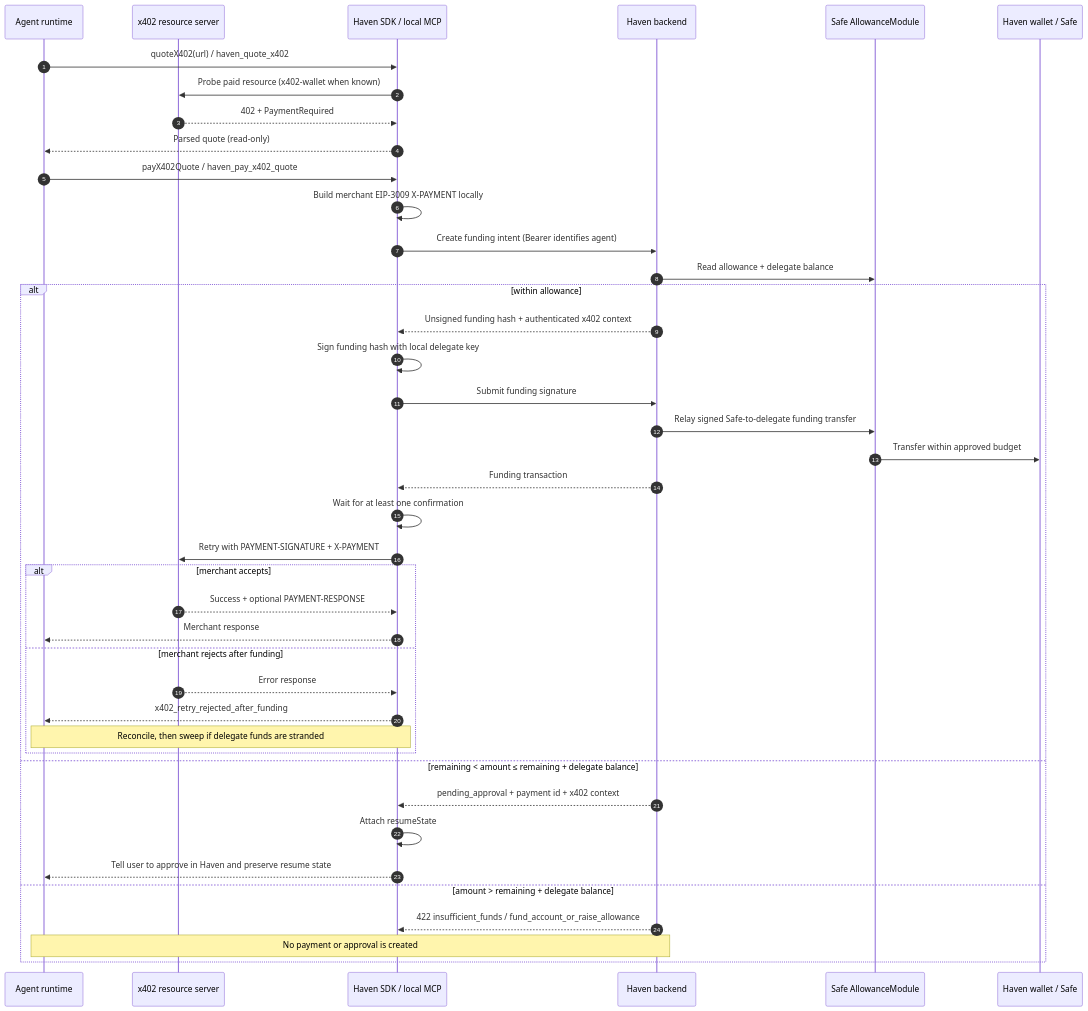
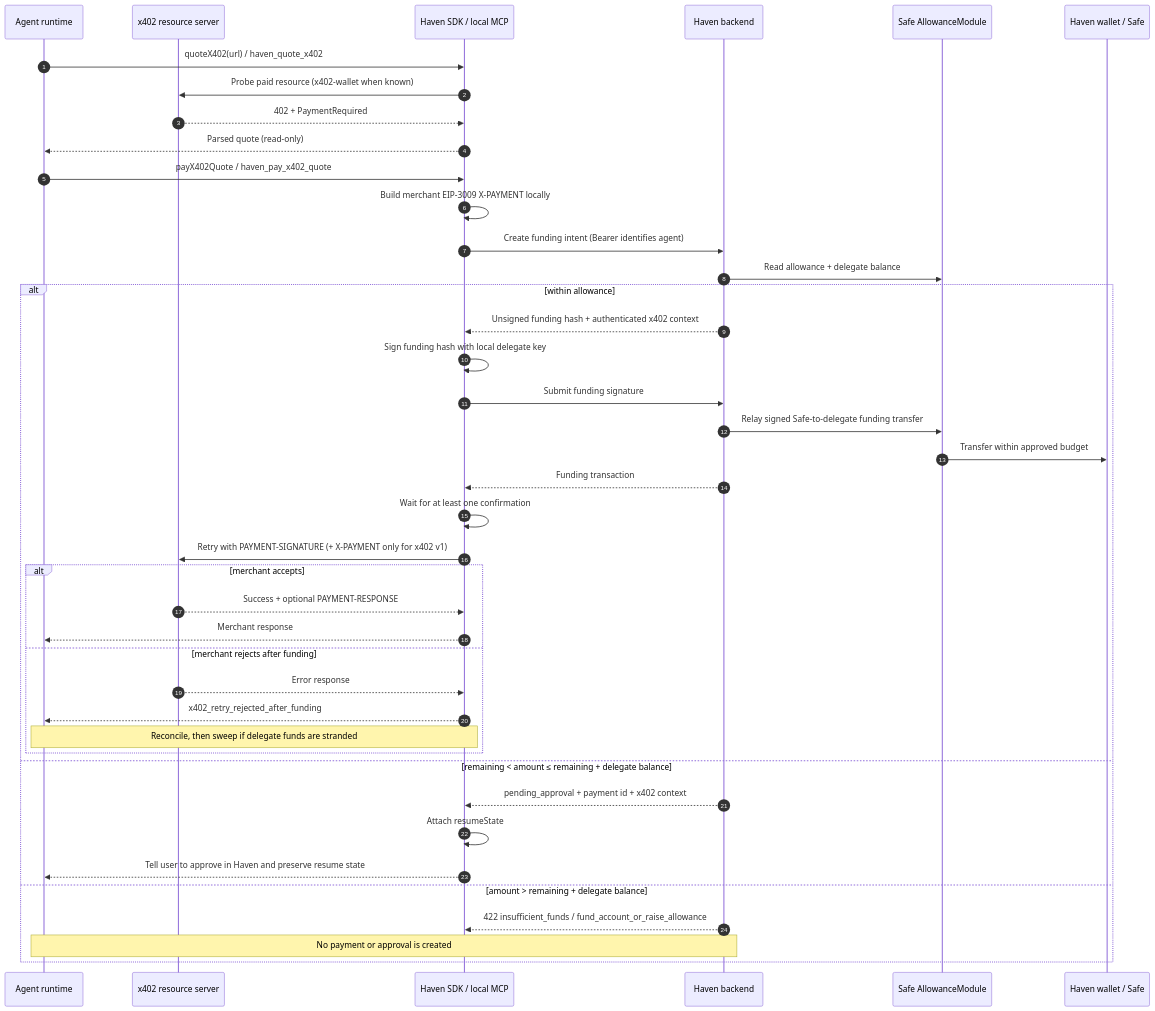
Before and after one commit to d-hinders/Haven-AI: the first of 2 diagrams in docs/architecture/04-x402-payment-sequence.md, drawn with Mermaid. The commit also changed other lines of this file and 36 other files, not shown here.

````diff
--- a/docs/architecture/04-x402-payment-sequence.md
+++ b/docs/architecture/04-x402-payment-sequence.md
@@ -324,44 +326,44 @@
 ```mermaid
 sequenceDiagram
   autonumber
   participant Agent as Agent runtime
   participant Resource as x402 resource server
   participant SDK as Haven SDK / local MCP
   participant API as Haven backend
   participant AM as Safe AllowanceModule
   participant Safe as Haven wallet / Safe
 
   Agent->>SDK: quoteX402(url) / haven_quote_x402
   SDK->>Resource: Probe paid resource (x402-wallet when known)
   Resource-->>SDK: 402 + PaymentRequired
   SDK-->>Agent: Parsed quote (read-only)
   Agent->>SDK: payX402Quote / haven_pay_x402_quote
   SDK->>SDK: Build merchant EIP-3009 X-PAYMENT locally
   SDK->>API: Create funding intent (Bearer identifies agent)
   API->>AM: Read allowance + delegate balance
   alt within allowance
     API-->>SDK: Unsigned funding hash + authenticated x402 context
     SDK->>SDK: Sign funding hash with local delegate key
     SDK->>API: Submit funding signature
     API->>AM: Relay signed Safe-to-delegate funding transfer
     AM->>Safe: Transfer within approved budget
     API-->>SDK: Funding transaction
     SDK->>SDK: Wait for at least one confirmation
-    SDK->>Resource: Retry with PAYMENT-SIGNATURE + X-PAYMENT
+    SDK->>Resource: Retry with PAYMENT-SIGNATURE (+ X-PAYMENT only for x402 v1)
     alt merchant accepts
       Resource-->>SDK: Success + optional PAYMENT-RESPONSE
       SDK-->>Agent: Merchant response
     else merchant rejects after funding
       Resource-->>SDK: Error response
       SDK-->>Agent: x402_retry_rejected_after_funding
       Note over Agent,SDK: Reconcile, then sweep if delegate funds are stranded
     end
   else remaining < amount ≤ remaining + delegate balance
     API-->>SDK: pending_approval + payment id + x402 context
     SDK->>SDK: Attach resumeState
     SDK-->>Agent: Tell user to approve in Haven and preserve resume state
   else amount > remaining + delegate balance
     API-->>SDK: 422 insufficient_funds / fund_account_or_raise_allowance
     Note over Agent,API: No payment or approval is created
   end
 ```
````
